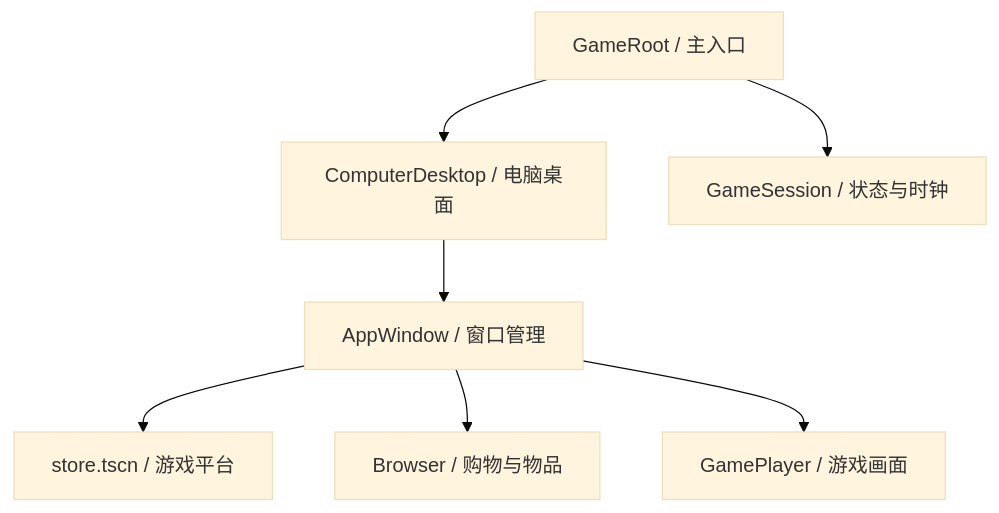
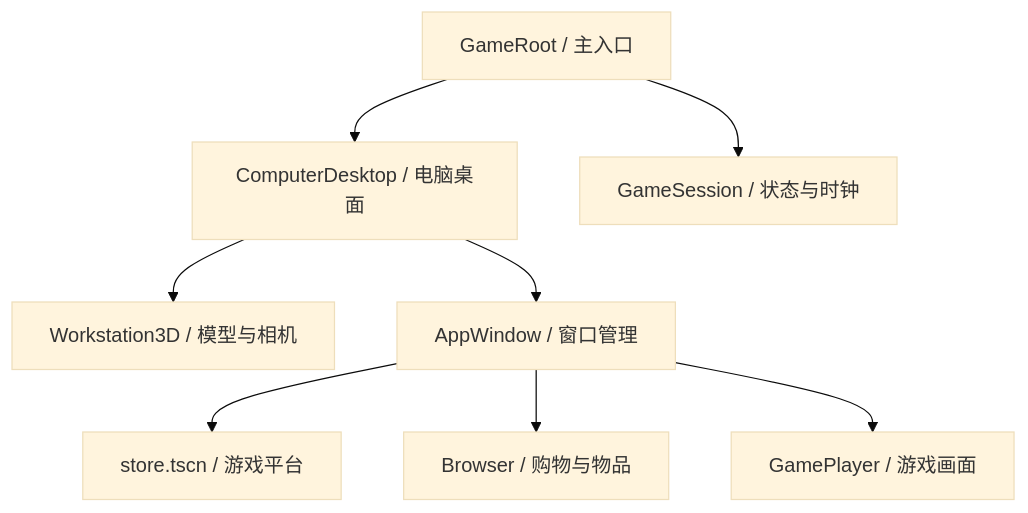
The diagram in CLIENT_STRUCTURE.md (lqc19891229/GameMemoirStore), drawn with Mermaid (base theme) before and after one commit. The commit also changed other lines of this file and 89 other files, not shown here.

````diff
--- a/CLIENT_STRUCTURE.md
+++ b/CLIENT_STRUCTURE.md
@@ -7,9 +7,10 @@
 ```mermaid
 flowchart TD
   Root["GameRoot / 主入口"] --> Desktop["ComputerDesktop / 电脑桌面"]
   Root --> Session["GameSession / 状态与时钟"]
+  Desktop --> World["Workstation3D / 模型与相机"]
   Desktop --> Windows["AppWindow / 窗口管理"]
   Windows --> Client["store.tscn / 游戏平台"]
   Windows --> Browser["Browser / 购物与物品"]
   Windows --> Player["GamePlayer / 游戏画面"]
 ```
````
